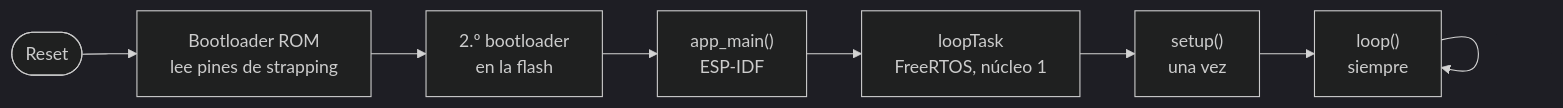
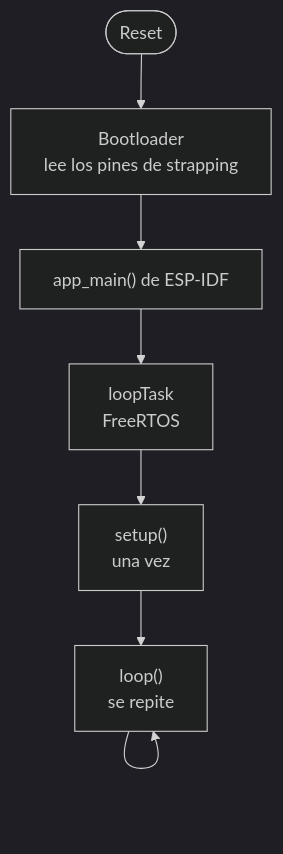
One commit to AlejandroTatum/sistemas-digitales-unl changed the seventh of 10 diagrams in unidad-1/apuntes/03-del-avr-al-esp32.md. Above: the diagram before and after it, drawn with Mermaid (dark theme). The commit also changed other lines of this file and 16 other files, not shown here.

````diff
--- a/unidad-1/apuntes/03-del-avr-al-esp32.md
+++ b/unidad-1/apuntes/03-del-avr-al-esp32.md
@@ -198,10 +198,9 @@
 ```mermaid
-flowchart LR
-    R(["Reset"]) --> B1["Bootloader ROM<br/>lee pines de strapping"]
-    B1 --> B2["2.º bootloader<br/>en la flash"]
-    B2 --> IDF["app_main()<br/>ESP-IDF"]
-    IDF --> LT["loopTask<br/>FreeRTOS, núcleo 1"]
+flowchart TD
+    R(["Reset"]) --> B["Bootloader<br/>lee los pines de strapping"]
+    B --> IDF["app_main() de ESP-IDF"]
+    IDF --> LT["loopTask<br/>FreeRTOS"]
     LT --> S["setup()<br/>una vez"]
-    S --> L["loop()<br/>siempre"]
+    S --> L["loop()<br/>se repite"]
     L --> L
 ```
````
